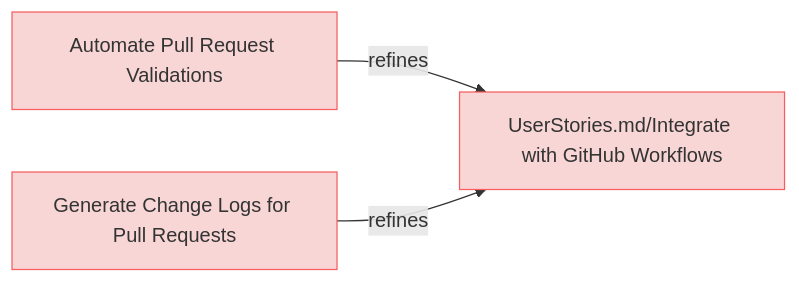
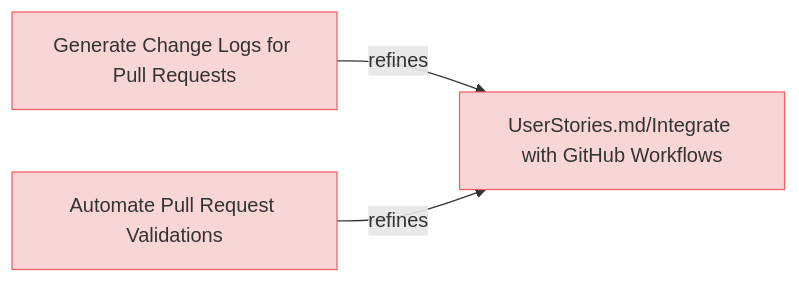
The fourth of 9 diagrams in specifications/UserRequirements.md (reqvire-org/reqvire), drawn with Mermaid before and after one commit. The commit also changed other lines of this file and 17 other files, not shown here.

First line of the commit message:
Enhance diagram links with stable git repository URLs

````diff
--- a/specifications/UserRequirements.md
+++ b/specifications/UserRequirements.md
@@ -329,20 +329,20 @@
 ```mermaid
 graph LR;
   %% Graph styling
   classDef requirement fill:#f9d6d6,stroke:#f55f5f,stroke-width:1px;
   classDef verification fill:#d6f9d6,stroke:#5fd75f,stroke-width:1px;
   classDef externalLink fill:#d0e0ff,stroke:#3080ff,stroke-width:1px;
   classDef default fill:#f5f5f5,stroke:#333333,stroke-width:1px;
 
-  68454e6166703319["Automate Pull Request Validations"];
-  click 68454e6166703319 "UserRequirements.md#automate-pull-request-validations";
-  class 68454e6166703319 requirement;
+  b2a387077d97cf24["Generate Change Logs for Pull Requests"];
+  click b2a387077d97cf24 "https://github.com/ilijaljubicic/ReqFlow/blob/a94231473c9a4a56fe21608ebd13787e0cc3f2dc/specifications/UserRequirements.md#generate-change-logs-for-pull-requests";
+  class b2a387077d97cf24 requirement;
   ba120b7cafc5435f["UserStories.md/Integrate with GitHub Workflows"];
   class ba120b7cafc5435f requirement;
-  click ba120b7cafc5435f "UserStories.md#integrate-with-github-workflows";
+  click ba120b7cafc5435f "https://github.com/ilijaljubicic/ReqFlow/blob/a94231473c9a4a56fe21608ebd13787e0cc3f2dc/specifications/UserStories.md#integrate-with-github-workflows";
+  b2a387077d97cf24 -->|refines| ba120b7cafc5435f;
+  68454e6166703319["Automate Pull Request Validations"];
+  click 68454e6166703319 "https://github.com/ilijaljubicic/ReqFlow/blob/a94231473c9a4a56fe21608ebd13787e0cc3f2dc/specifications/UserRequirements.md#automate-pull-request-validations";
+  class 68454e6166703319 requirement;
   68454e6166703319 -->|refines| ba120b7cafc5435f;
-  b2a387077d97cf24["Generate Change Logs for Pull Requests"];
-  click b2a387077d97cf24 "UserRequirements.md#generate-change-logs-for-pull-requests";
-  class b2a387077d97cf24 requirement;
-  b2a387077d97cf24 -->|refines| ba120b7cafc5435f;
 ```
````
